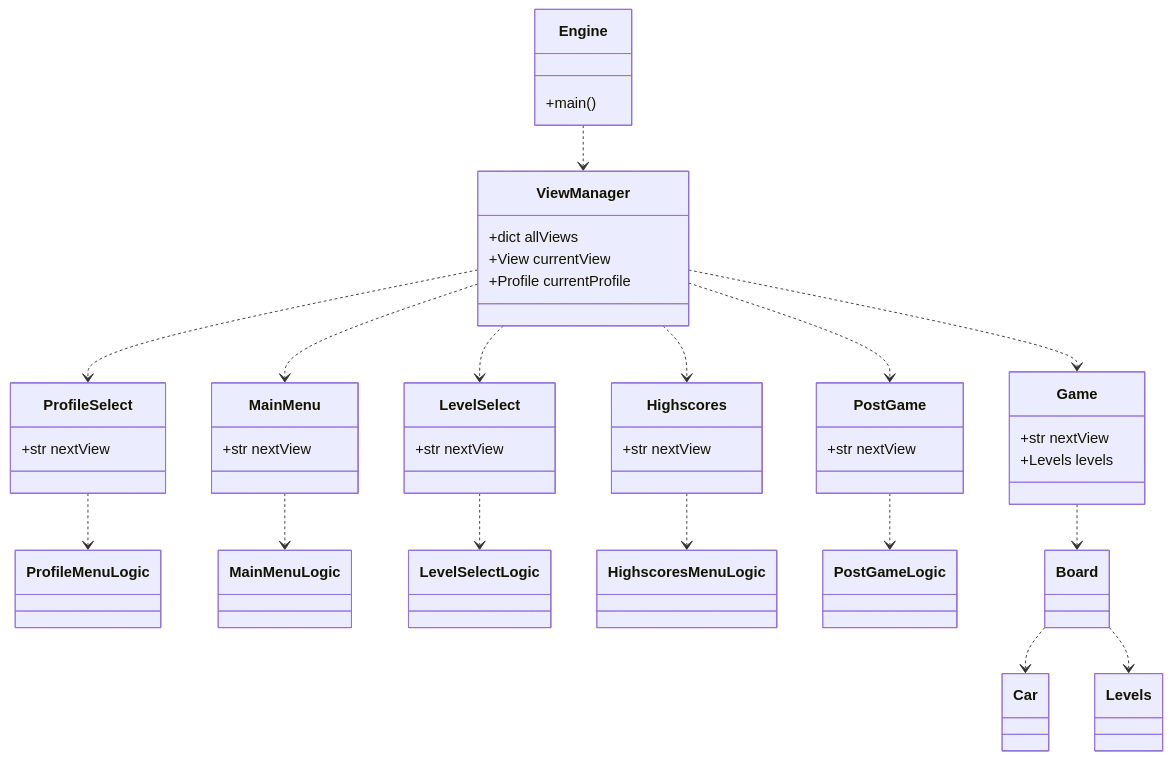
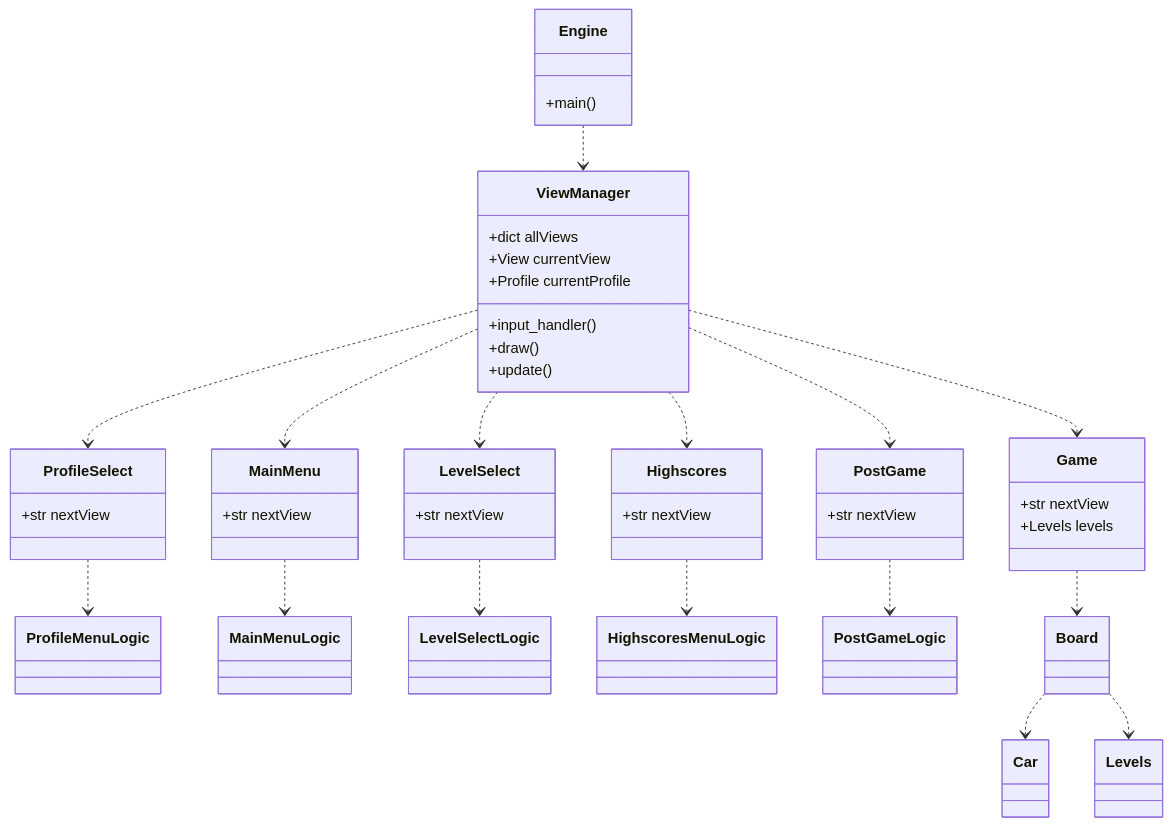
Before and after one commit to samulioll/ot-harjoitustyo: the first of 2 diagrams in dokumentaatio/arkkitehtuuri.md, drawn with Mermaid. The commit also changed other lines of this file and 1 other file, not shown here.

````diff
--- a/dokumentaatio/arkkitehtuuri.md
+++ b/dokumentaatio/arkkitehtuuri.md
@@ -9,29 +11,32 @@
 ```mermaid
     classDiagram
         Engine ..> ViewManager
         Engine: +main()
         ViewManager: +dict allViews
         ViewManager: +View currentView
         ViewManager: +Profile currentProfile
+        ViewManager: +input_handler()
+        ViewManager: +draw()
+        ViewManager: +update()
         ViewManager ..> ProfileSelect
         ProfileSelect ..> ProfileMenuLogic
         ProfileSelect: +str nextView
         ViewManager ..> MainMenu
         MainMenu ..> MainMenuLogic
         MainMenu: +str nextView
         ViewManager ..> LevelSelect
         LevelSelect: +str nextView
         LevelSelect ..> LevelSelectLogic
         ViewManager ..> Highscores
         Highscores: +str nextView
         Highscores ..> HighscoresMenuLogic
         ViewManager ..> PostGame
         PostGame: +str nextView
         PostGame ..> PostGameLogic
         ViewManager ..> Game
         Game: +str nextView
         Game: +Levels levels
         Game ..> Board
         Board ..> Car
         Board ..> Levels
 ```
````
